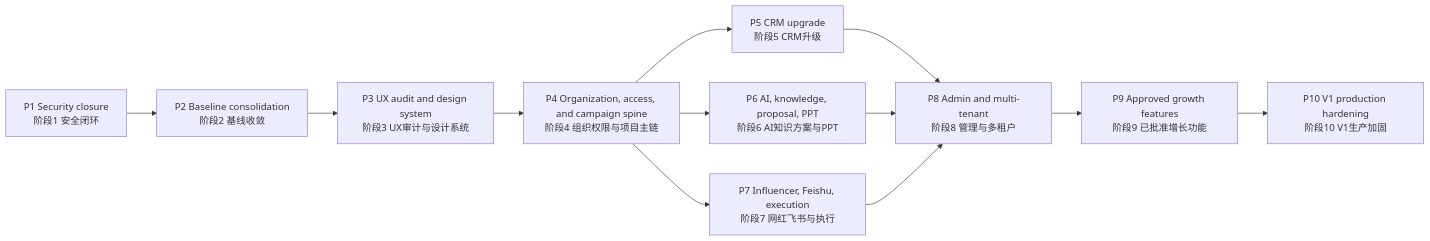
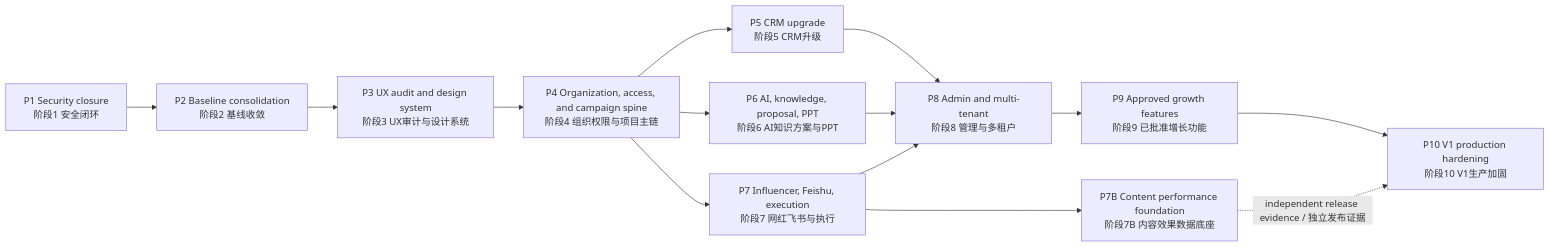
One commit to derrickyang1998/Turingsalesworkingplatform changed the diagram in docs/superpowers/plans/2026-07-12-turingmarket-platform-roadmap.md. Above: the diagram before and after it, drawn with Mermaid. The commit also changed other lines of this file and 103 other files, not shown here.

````diff
--- a/docs/superpowers/plans/2026-07-12-turingmarket-platform-roadmap.md
+++ b/docs/superpowers/plans/2026-07-12-turingmarket-platform-roadmap.md
@@ -65,14 +65,16 @@
 ```mermaid
 flowchart LR
     P1["P1 Security closure<br/>阶段1 安全闭环"] --> P2["P2 Baseline consolidation<br/>阶段2 基线收敛"]
     P2 --> P3["P3 UX audit and design system<br/>阶段3 UX审计与设计系统"]
     P3 --> P4["P4 Organization, access, and campaign spine<br/>阶段4 组织权限与项目主链"]
     P4 --> P5["P5 CRM upgrade<br/>阶段5 CRM升级"]
     P4 --> P6["P6 AI, knowledge, proposal, PPT<br/>阶段6 AI知识方案与PPT"]
     P4 --> P7["P7 Influencer, Feishu, execution<br/>阶段7 网红飞书与执行"]
+    P7 --> P7B["P7B Content performance foundation<br/>阶段7B 内容效果数据底座"]
     P5 --> P8["P8 Admin and multi-tenant<br/>阶段8 管理与多租户"]
     P6 --> P8
     P7 --> P8
     P8 --> P9["P9 Approved growth features<br/>阶段9 已批准增长功能"]
     P9 --> P10["P10 V1 production hardening<br/>阶段10 V1生产加固"]
+    P7B -. independent release evidence / 独立发布证据 .-> P10
 ```
````
